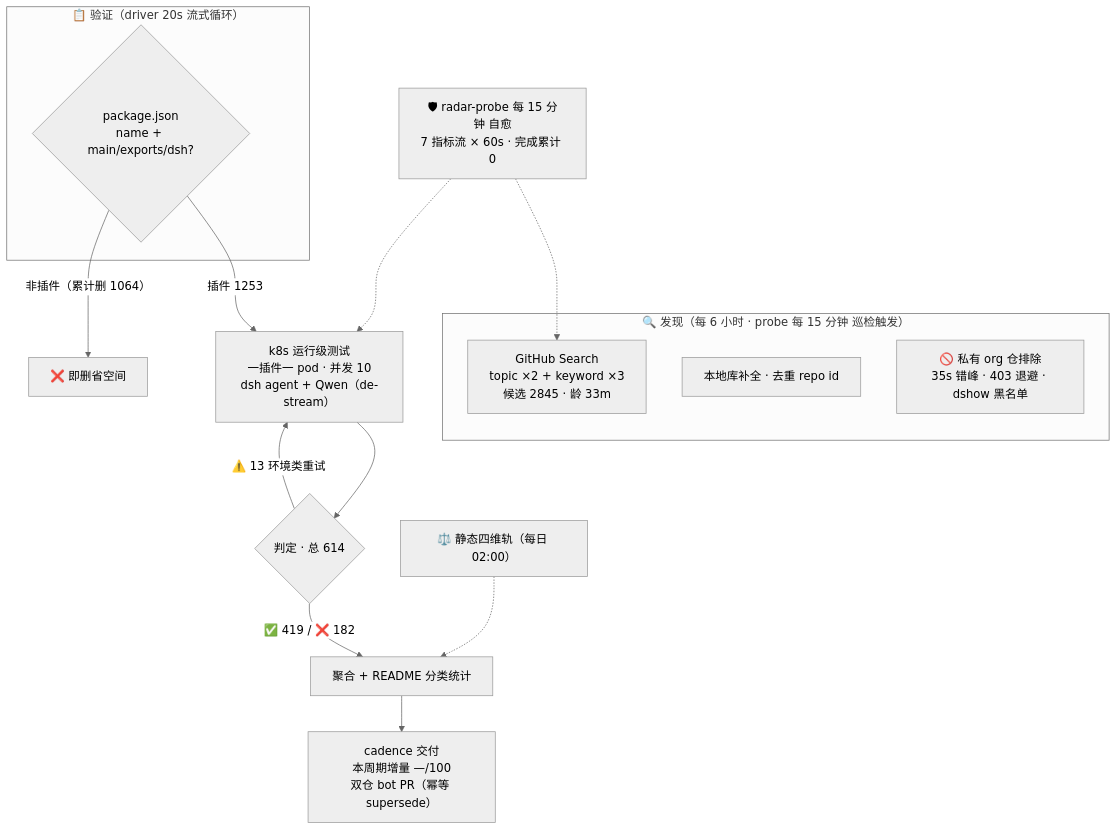
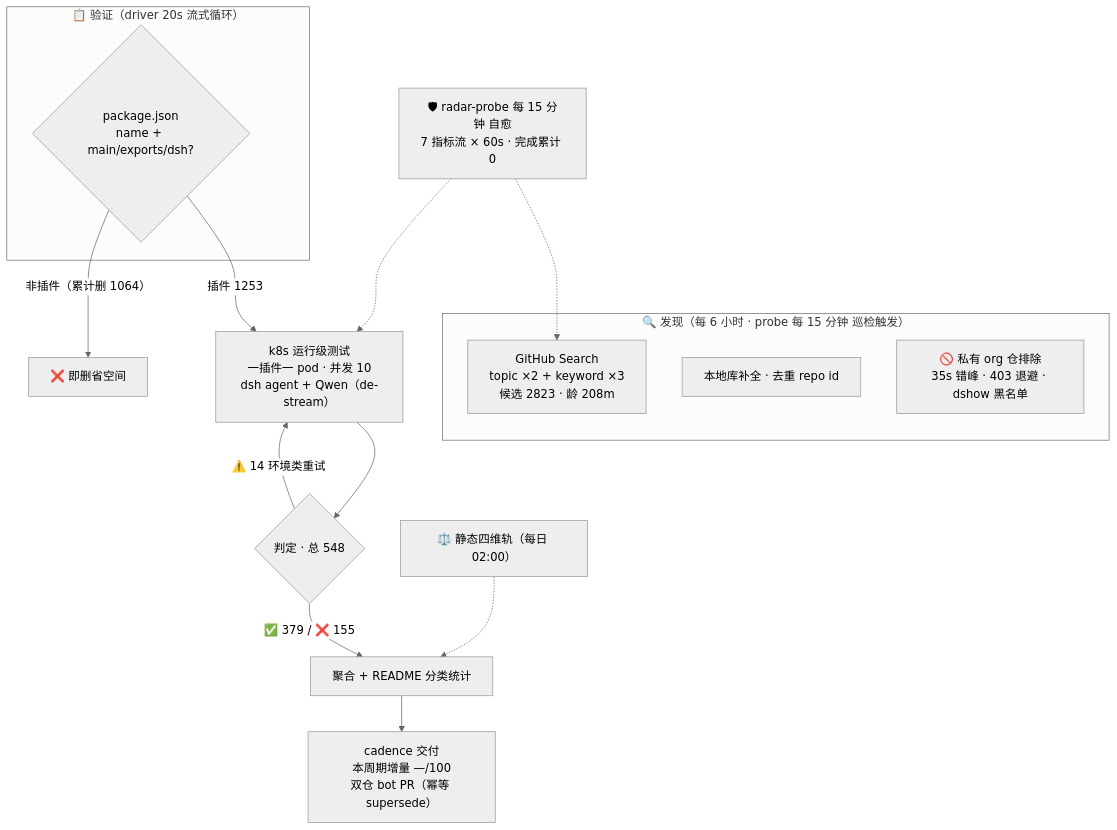
One commit to Zhidao-Lab-OSS/awesome-dsh-plugins changed the diagram in README.md. Above: the diagram before and after it, drawn with Mermaid (neutral theme). The commit also changed other lines of this file and 7 other files, not shown here.

````diff
--- a/README.md
+++ b/README.md
@@ -32,20 +32,20 @@
 ```mermaid
 flowchart TB
     subgraph Discovery["🔍 发现（每 6 小时 · probe 每 15 分钟 巡检触发）"]
-        A1["GitHub Search<br/>topic ×2 + keyword ×3<br/>候选 2845 · 龄 33m"]
+        A1["GitHub Search<br/>topic ×2 + keyword ×3<br/>候选 2823 · 龄 208m"]
         A2["本地库补全 · 去重 repo id"]
         A3["🚫 私有 org 仓排除<br/>35s 错峰 · 403 退避 · dshow 黑名单"]
     end
     subgraph Validation["📋 验证（driver 20s 流式循环）"]
         B1{"package.json<br/>name + main/exports/dsh?"}
     end
     B1 -->|"插件 1253"| C1["k8s 运行级测试<br/>一插件一 pod · 并发 10<br/>dsh agent + Qwen（de-stream）"]
     B1 -->|"非插件（累计删 1064）"| B3["❌ 即删省空间"]
-    C1 --> D1{"判定 · 总 614"}
-    D1 -->|"✅ 419 / ❌ 182"| E1["聚合 + README 分类统计"]
-    D1 -->|"⚠️ 13 环境类重试"| C1
+    C1 --> D1{"判定 · 总 548"}
+    D1 -->|"✅ 379 / ❌ 155"| E1["聚合 + README 分类统计"]
+    D1 -->|"⚠️ 14 环境类重试"| C1
     E1 --> E2["cadence 交付<br/>本周期增量 —/100<br/>双仓 bot PR（幂等 supersede）"]
     S["⚖️ 静态四维轨（每日 02:00）"] -.-> E1
     M["🛡 radar-probe 每 15 分钟 自愈<br/>7 指标流 × 60s · 完成累计 0"] -.-> A1
     M -.-> C1
 ```
````
